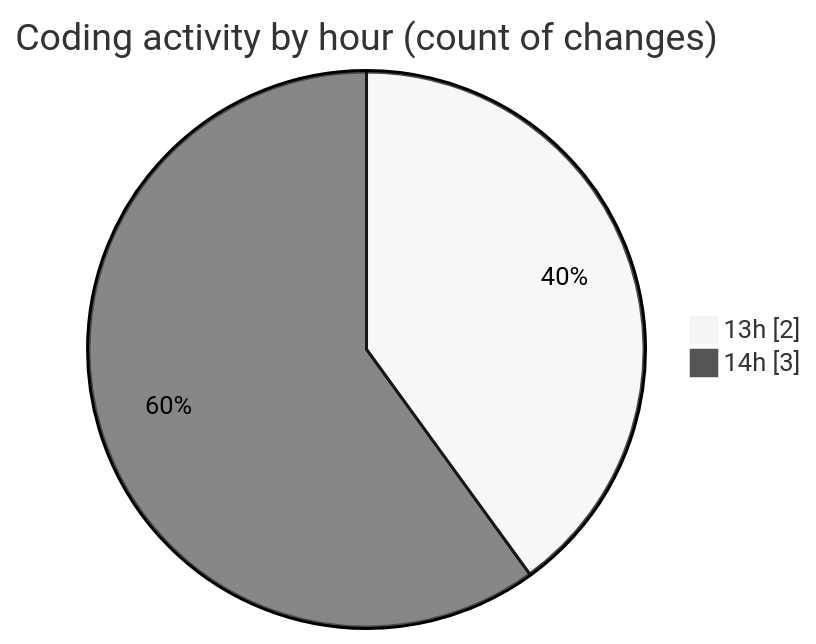
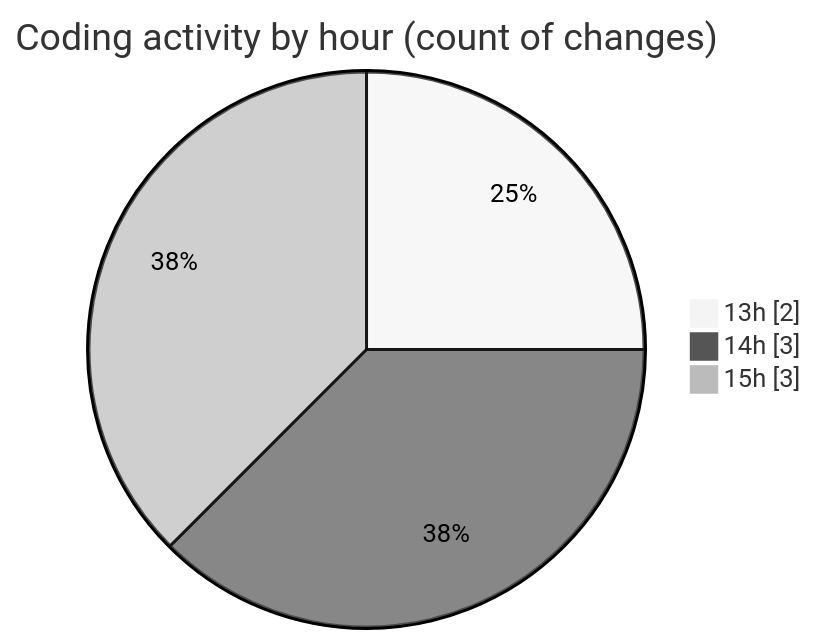
The second of 2 diagrams in 2025-11-14/cdp_aleoudev_fr__workspace_/README.md (julien-gomy/code-tracking), drawn with Mermaid (neutral theme) before and after one commit. The commit also changed other lines of this file and 1 other file, not shown here.

````diff
--- a/2025-11-14/cdp_aleoudev_fr__workspace_/README.md
+++ b/2025-11-14/cdp_aleoudev_fr__workspace_/README.md
@@ -30,6 +30,7 @@
 ```mermaid
 pie showData
 title Coding activity by hour (count of changes)
 "13h" : 2
 "14h" : 3
+"15h" : 3
 ```
````
